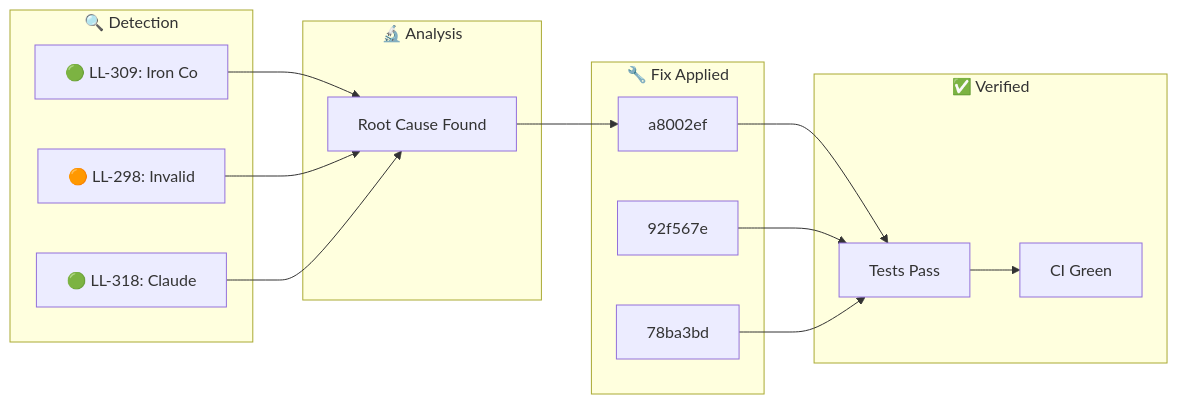
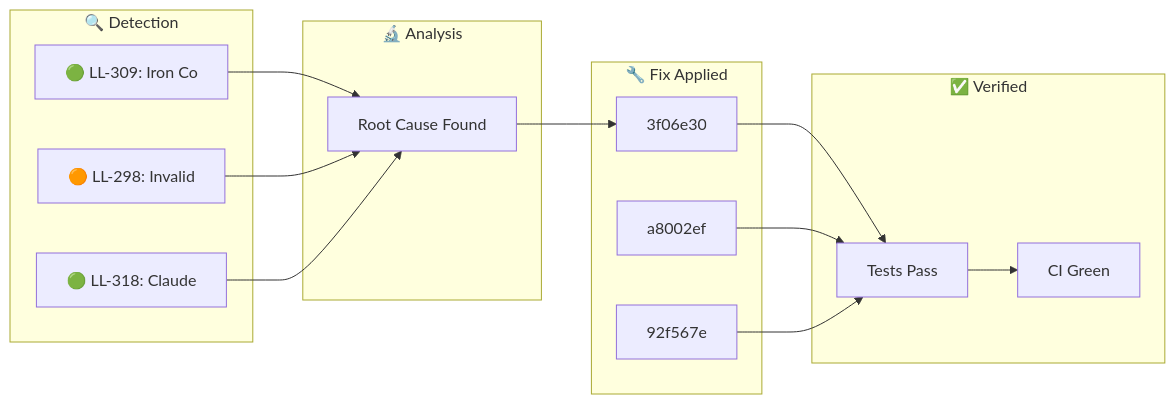
The diagram in docs/_posts/2026-02-01-ralph-discovery.md (YoByron/trading), drawn with Mermaid before and after one commit. The commit also changed other lines of this file, not shown here.

Commit message:
docs(ralph): Auto-publish discovery blog post

````diff
--- a/docs/_posts/2026-02-01-ralph-discovery.md
+++ b/docs/_posts/2026-02-01-ralph-discovery.md
@@ -17,28 +17,28 @@
 ```mermaid
 flowchart LR
     subgraph Detection["🔍 Detection"]
         D1["🟢 LL-309: Iron Co"]
         D2["🟠 LL-298: Invalid"]
         D3["🟢 LL-318: Claude "]
     end
     subgraph Analysis["🔬 Analysis"]
         A1["Root Cause Found"]
     end
     subgraph Fix["🔧 Fix Applied"]
-        F1["a8002ef"]
-        F2["92f567e"]
-        F3["78ba3bd"]
+        F1["3f06e30"]
+        F2["a8002ef"]
+        F3["92f567e"]
     end
     subgraph Verify["✅ Verified"]
         V1["Tests Pass"]
         V2["CI Green"]
     end
     D1 --> A1
     D2 --> A1
     D3 --> A1
     A1 --> F1
     F1 --> V1
     F2 --> V1
     F3 --> V1
     V1 --> V2
 ```
````
